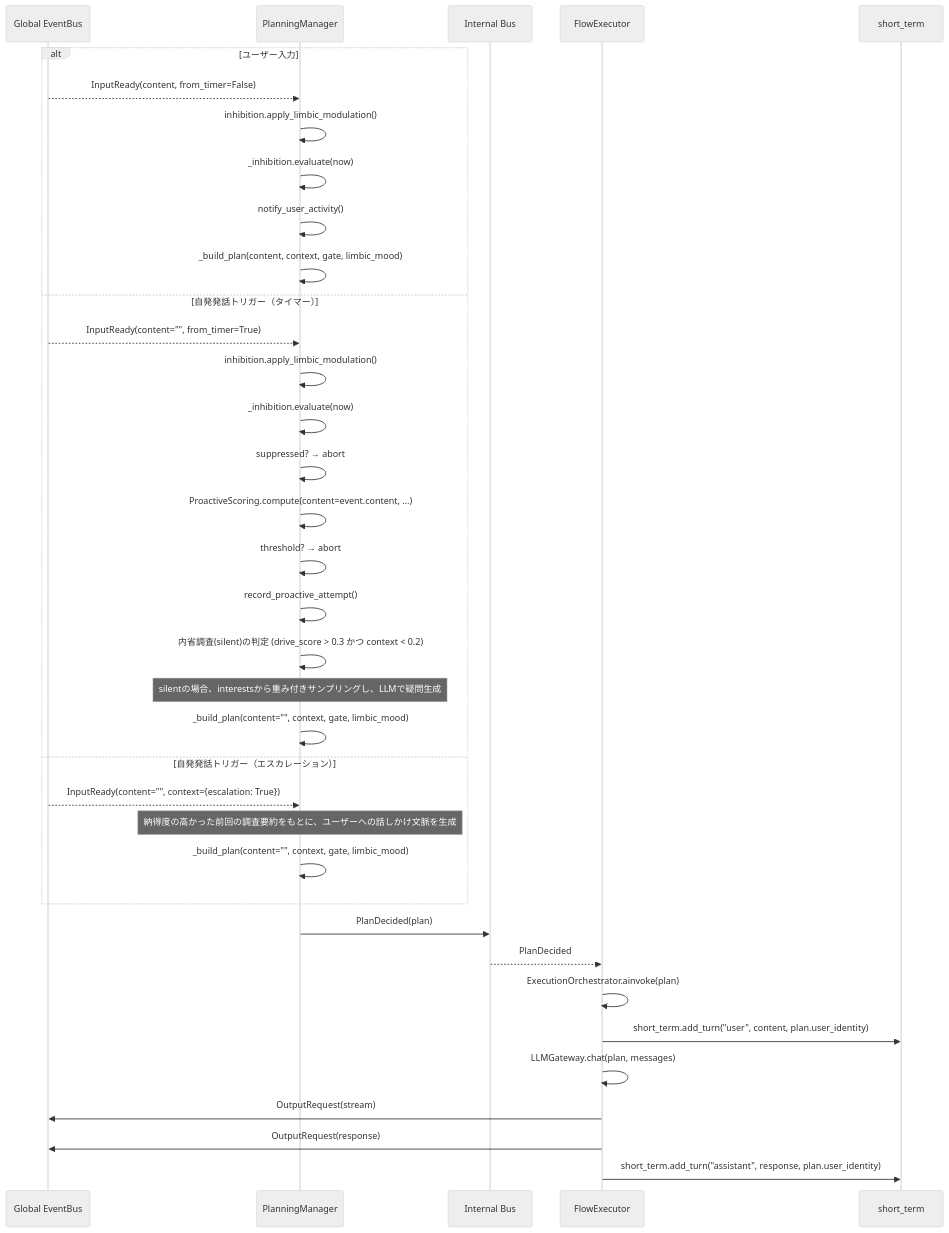
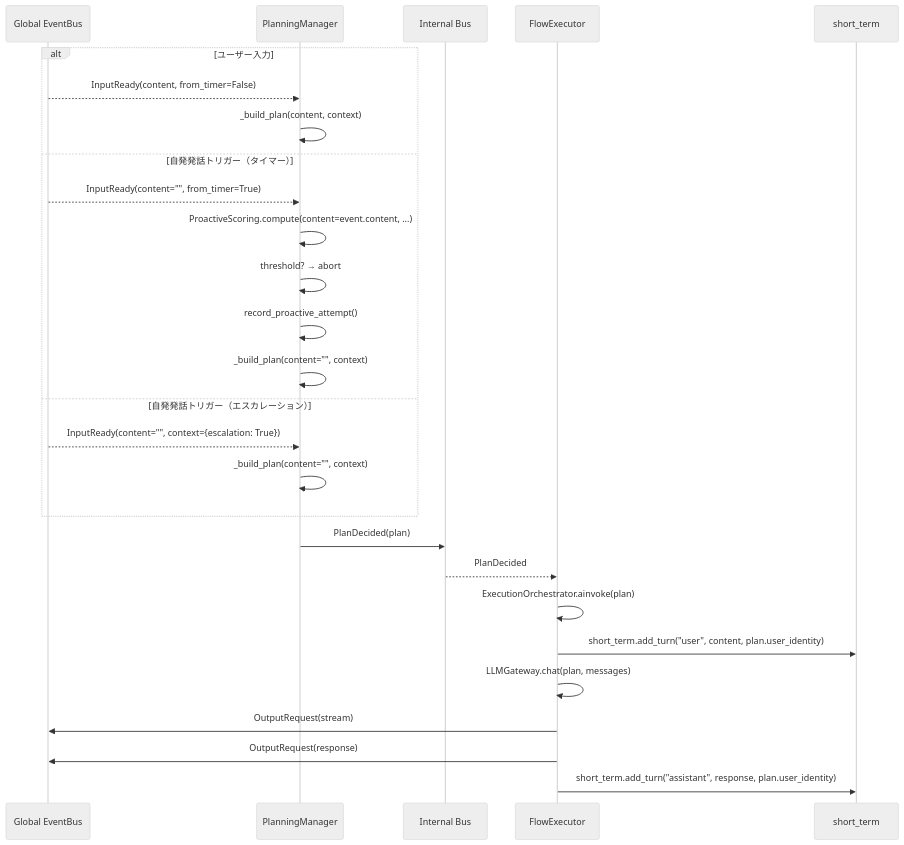
Before and after one commit to ibukani/iris-mind: the first of 2 diagrams in docs/agency-layer.md, drawn with Mermaid (neutral theme). The commit also changed other lines of this file and 14 other files, not shown here.

````diff
--- a/docs/agency-layer.md
+++ b/docs/agency-layer.md
@@ -40,42 +39,33 @@
 ```mermaid
 sequenceDiagram
     participant EB as Global EventBus
     participant PL as PlanningManager
     participant IB as Internal Bus
     participant EX as FlowExecutor
     participant STM as short_term
 
     alt ユーザー入力
         EB-->>PL: InputReady(content, from_timer=False)
-        PL->>PL: inhibition.apply_limbic_modulation()
-        PL->>PL: _inhibition.evaluate(now)
-        PL->>PL: notify_user_activity()
-        PL->>PL: _build_plan(content, context, gate, limbic_mood)
+        PL->>PL: _build_plan(content, context)
     else 自発発話トリガー（タイマー）
         EB-->>PL: InputReady(content="", from_timer=True)
-        PL->>PL: inhibition.apply_limbic_modulation()
-        PL->>PL: _inhibition.evaluate(now)
-        PL->>PL: suppressed? → abort
         PL->>PL: ProactiveScoring.compute(content=event.content, ...)
         PL->>PL: threshold? → abort
         PL->>PL: record_proactive_attempt()
-        PL->>PL: 内省調査(silent)の判定 (drive_score > 0.3 かつ context < 0.2)
-        Note over PL: silentの場合、interestsから重み付きサンプリングし、LLMで疑問生成
-        PL->>PL: _build_plan(content="", context, gate, limbic_mood)
+        PL->>PL: _build_plan(content="", context)
     else 自発発話トリガー（エスカレーション）
         EB-->>PL: InputReady(content="", context={escalation: True})
-        Note over PL: 納得度の高かった前回の調査要約をもとに、ユーザーへの話しかけ文脈を生成
-        PL->>PL: _build_plan(content="", context, gate, limbic_mood)
+        PL->>PL: _build_plan(content="", context)
     end
 
 
     PL->>IB: PlanDecided(plan)
     IB-->>EX: PlanDecided
 
     EX->>EX: ExecutionOrchestrator.ainvoke(plan)
     EX->>STM: short_term.add_turn("user", content, plan.user_identity)  # Plan決定後に追加
     EX->>EX: LLMGateway.chat(plan, messages)
     EX->>EB: OutputRequest(stream)
     EX->>EB: OutputRequest(response)
     EX->>STM: short_term.add_turn("assistant", response, plan.user_identity)
 ```
````
